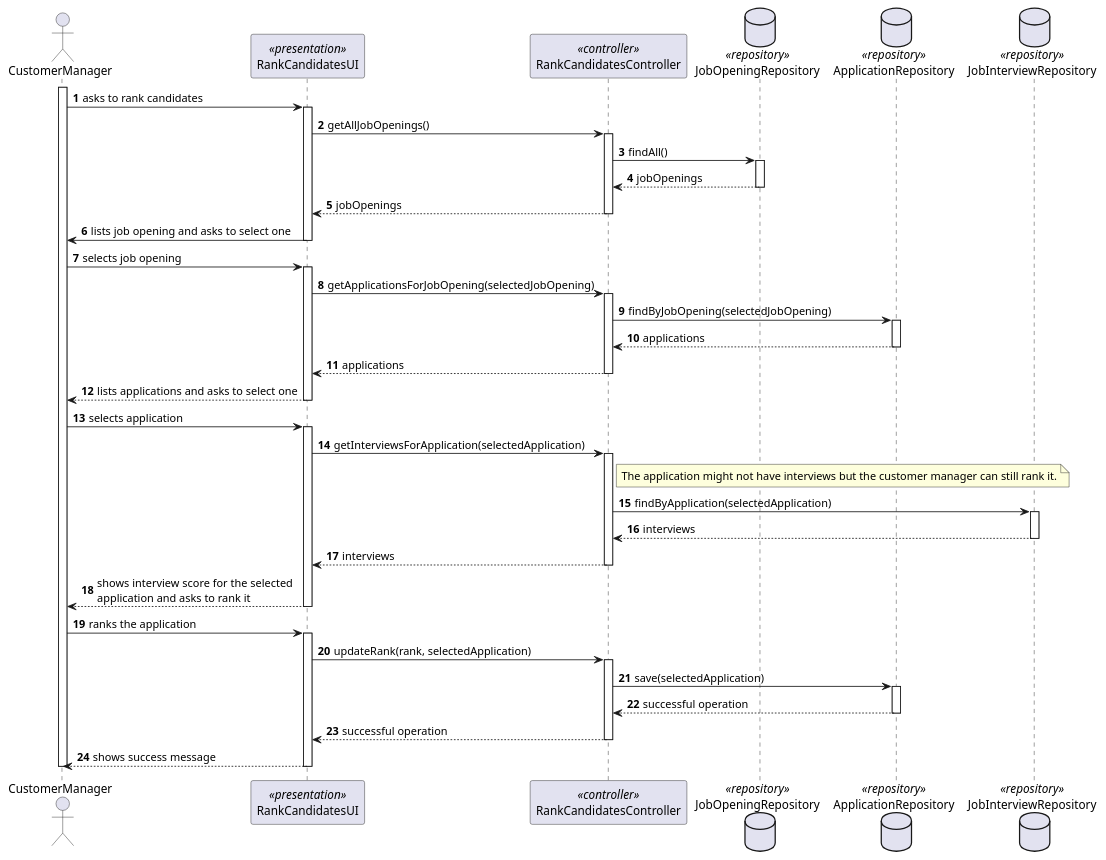
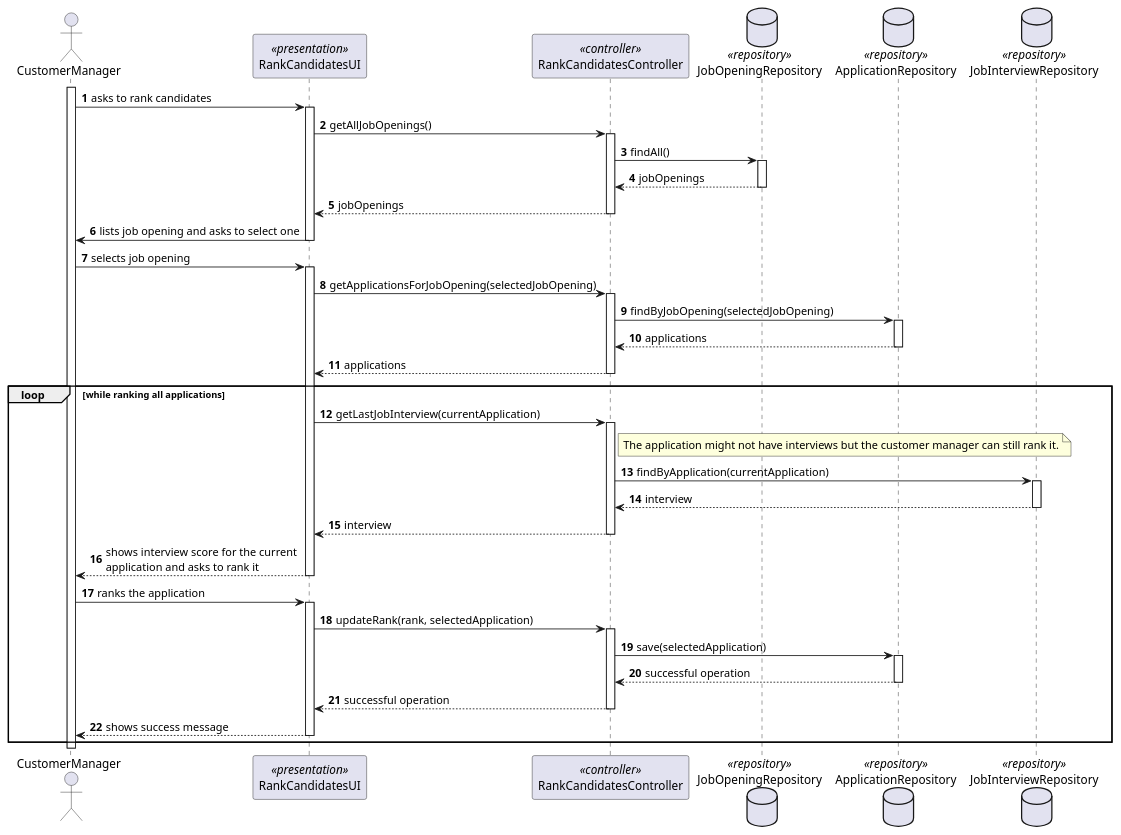
Before and after one commit to MiguelCardoso77/LAPR4: the diagram in docs/SprintC/rank-candidates-for-job-opening/sequence-diagram.puml, drawn with PlantUML. The commit also changed 4 other files, not shown here.

```diff
--- a/docs/SprintC/rank-candidates-for-job-opening/sequence-diagram.puml
+++ b/docs/SprintC/rank-candidates-for-job-opening/sequence-diagram.puml
@@ -1,91 +1,89 @@
 @startuml
 autonumber
 
 actor CustomerManager
 
 participant RankCandidatesUI <<presentation>>
 participant RankCandidatesController <<controller>>
 
 database JobOpeningRepository <<repository>>
 database ApplicationRepository <<repository>>
 database JobInterviewRepository <<repository>>
 
 activate CustomerManager
 
     CustomerManager -> RankCandidatesUI : asks to rank candidates
     activate RankCandidatesUI
 
         RankCandidatesUI -> RankCandidatesController : getAllJobOpenings()
         activate RankCandidatesController
 
             RankCandidatesController -> JobOpeningRepository : findAll()
             activate JobOpeningRepository
 
                 JobOpeningRepository --> RankCandidatesController : jobOpenings
             deactivate JobOpeningRepository
 
             RankCandidatesController --> RankCandidatesUI : jobOpenings
         deactivate RankCandidatesController
 
         RankCandidatesUI -> CustomerManager : lists job opening and asks to select one
     deactivate RankCandidatesUI
 
     CustomerManager -> RankCandidatesUI : selects job opening
     activate RankCandidatesUI
 
         RankCandidatesUI -> RankCandidatesController : getApplicationsForJobOpening(selectedJobOpening)
         activate RankCandidatesController
 
             RankCandidatesController -> ApplicationRepository : findByJobOpening(selectedJobOpening)
             activate ApplicationRepository
 
                 ApplicationRepository --> RankCandidatesController : applications
             deactivate ApplicationRepository
 
             RankCandidatesController --> RankCandidatesUI : applications
         deactivate RankCandidatesController
 
-        RankCandidatesUI --> CustomerManager : lists applications and asks to select one
-    deactivate RankCandidatesUI
+loop while ranking all applications
 
-    CustomerManager -> RankCandidatesUI : selects application
-    activate RankCandidatesUI
-
-        RankCandidatesUI -> RankCandidatesController : getInterviewsForApplication(selectedApplication)
+        RankCandidatesUI -> RankCandidatesController : getLastJobInterview(currentApplication)
         activate RankCandidatesController
             note right of RankCandidatesController
             The application might not have interviews but the customer manager can still rank it.
             end note
-            RankCandidatesController -> JobInterviewRepository : findByApplication(selectedApplication)
+            RankCandidatesController -> JobInterviewRepository : findByApplication(currentApplication)
             activate JobInterviewRepository
 
-                JobInterviewRepository --> RankCandidatesController : interviews
+                JobInterviewRepository --> RankCandidatesController : interview
             deactivate JobInterviewRepository
 
-            RankCandidatesController --> RankCandidatesUI : interviews
+            RankCandidatesController --> RankCandidatesUI : interview
         deactivate RankCandidatesController
 
-        RankCandidatesUI --> CustomerManager : shows interview score for the selected \napplication and asks to rank it
+        RankCandidatesUI --> CustomerManager : shows interview score for the current \napplication and asks to rank it
     deactivate RankCandidatesUI
 
     CustomerManager -> RankCandidatesUI : ranks the application
     activate RankCandidatesUI
 
         RankCandidatesUI -> RankCandidatesController : updateRank(rank, selectedApplication)
         activate RankCandidatesController
 
             RankCandidatesController -> ApplicationRepository : save(selectedApplication)
             activate ApplicationRepository
 
                 ApplicationRepository --> RankCandidatesController : successful operation
             deactivate ApplicationRepository
 
             RankCandidatesController --> RankCandidatesUI : successful operation
         deactivate RankCandidatesController
 
         RankCandidatesUI --> CustomerManager : shows success message
     deactivate RankCandidatesUI
 
+end loop
+
 deactivate CustomerManager
 
 @enduml
```
